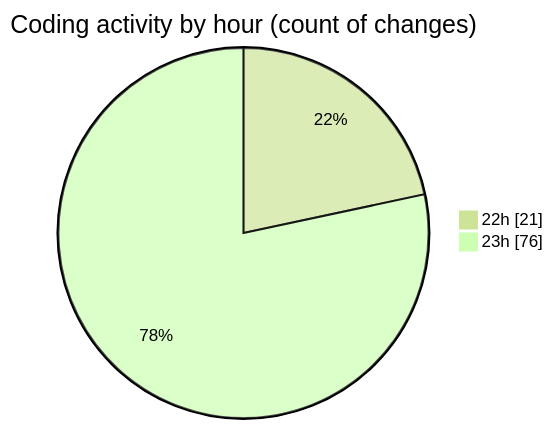
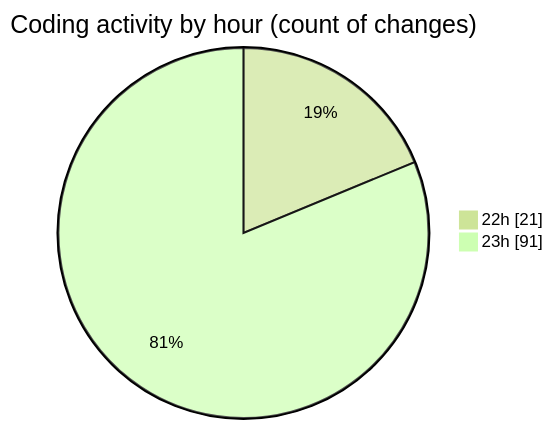
Before and after one commit to Ritupan-Deka/code-tracking: the second of 2 diagrams in 2025-07-22/javascript/README.md, drawn with Mermaid (forest theme). The commit also changed other lines of this file and 1 other file, not shown here.

````diff
--- a/2025-07-22/javascript/README.md
+++ b/2025-07-22/javascript/README.md
@@ -29,6 +29,6 @@
 ```mermaid
 pie showData
 title Coding activity by hour (count of changes)
 "22h" : 21
-"23h" : 76
+"23h" : 91
 ```
````
